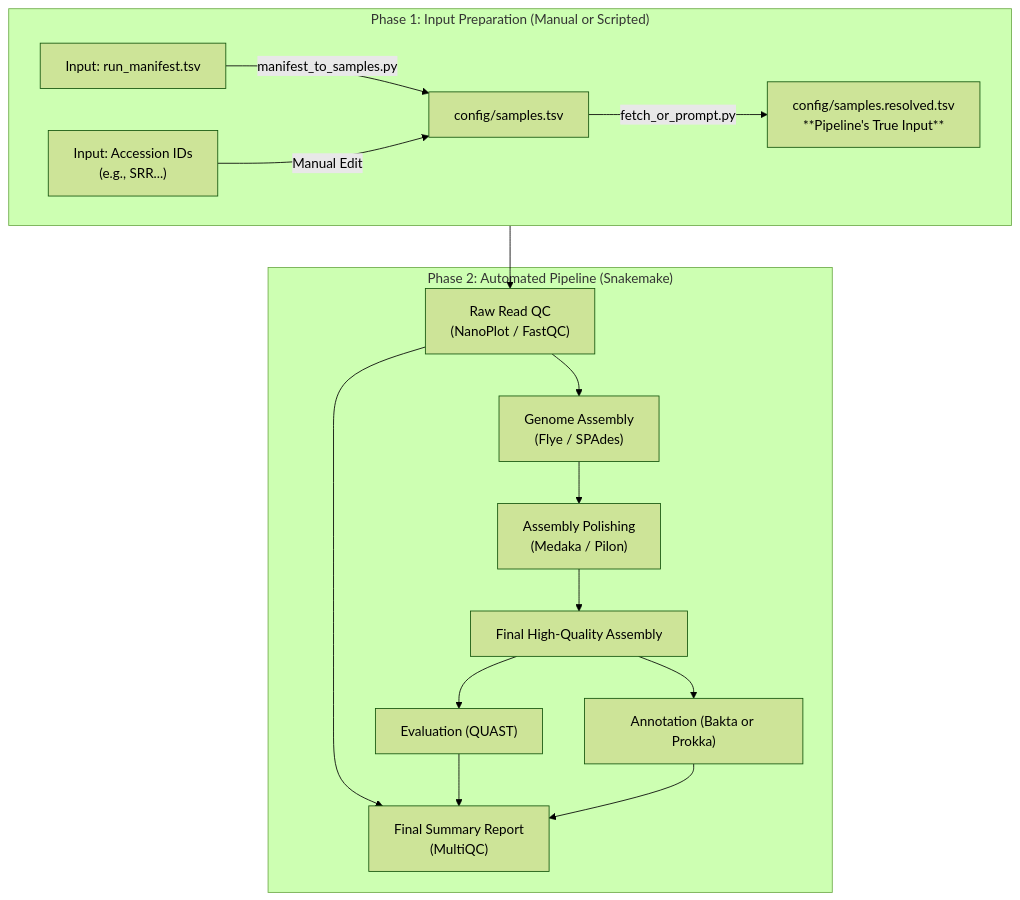
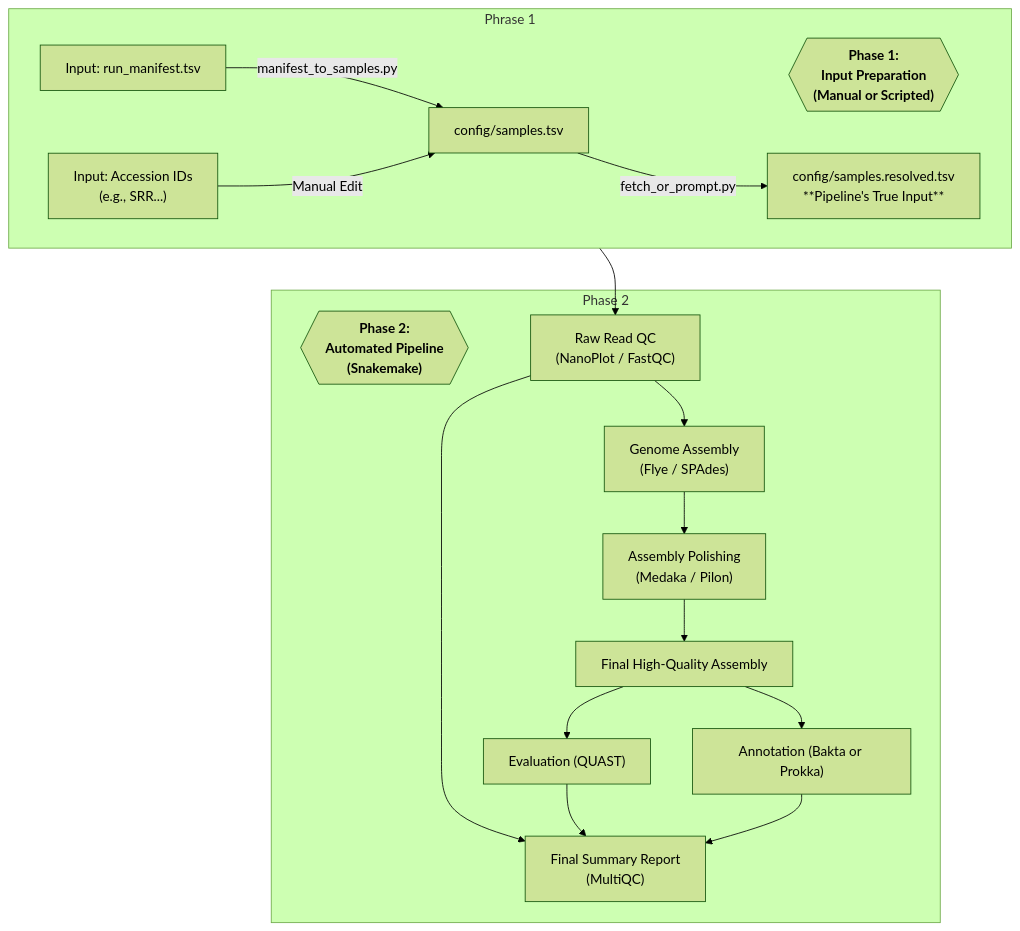
Before and after one commit to yukicyk/nanopore-bac-genome-assembly: the diagram in README.md, drawn with Mermaid (forest theme). The commit also changed other lines of this file and 3 other files, not shown here.

Commit message:
Update flowchart in README; minor editing in SOP; patched working directory in ci.yml, patched outdir in quast rules in evaluation.smk

````diff
--- a/README.md
+++ b/README.md
@@ -25,20 +25,29 @@
 ```mermaid
    flowchart TD
-    subgraph "Phase 1: Input Preparation (Manual or Scripted)"
+    subgraph "Phrase 1"
         direction LR
+        B ~~~ id1{{"`**Phase 1: 
+        Input Preparation 
+        (Manual or Scripted)**
+     `"}}
         A["Input: run_manifest.tsv"] --> |manifest_to_samples.py| B["config/samples.tsv"];
         C["Input: Accession IDs <br> (e.g., SRR...)"] --> |Manual Edit| B;
         B --> |fetch_or_prompt.py| D["config/samples.resolved.tsv <br> **Pipeline's True Input**"];
     end
 
-    subgraph "Phase 2: Automated Pipeline (Snakemake)"
+    subgraph "Phase 2"
+        C ~~~ id2{{"`**Phase 2: 
+        Automated Pipeline
+        (Snakemake)**
+        `"}}
         D --> E["Raw Read QC <br> (NanoPlot / FastQC)"];
         E --> F["Genome Assembly <br> (Flye / SPAdes)"];
         F --> G["Assembly Polishing <br> (Medaka / Pilon)"];
         G --> H["Final High-Quality Assembly"];
         H --> I["Evaluation (QUAST)"];
         H --> J["Annotation (Bakta or Prokka)"];
         E & I & J --> K["Final Summary Report <br> (MultiQC)"];
+        
     end
 
 ```
````
